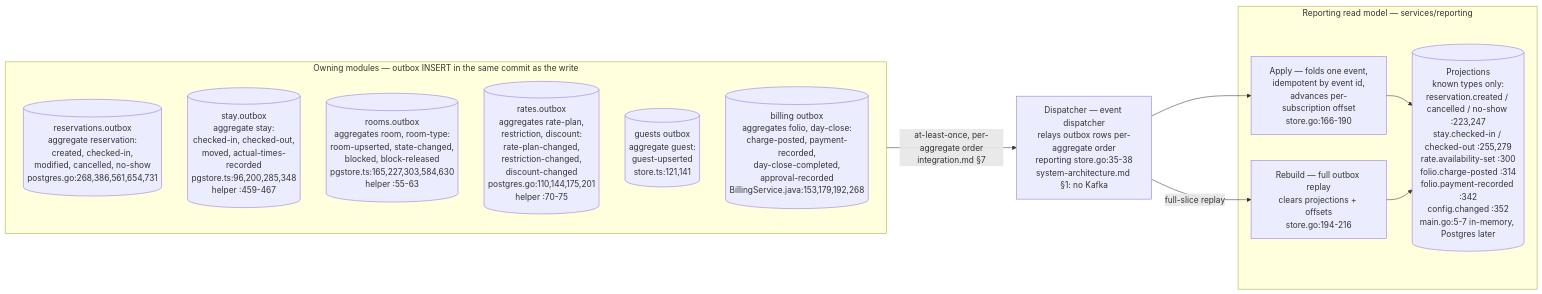
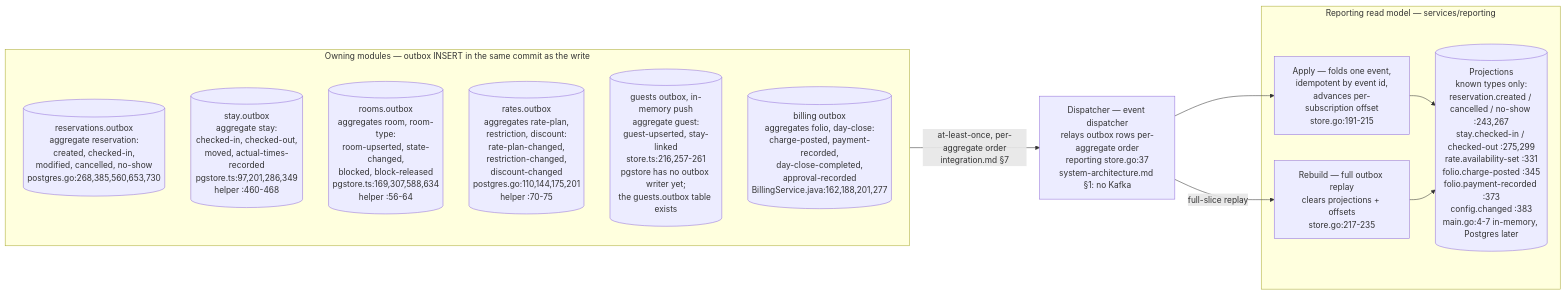
One commit to MingChen1501/hotel-mgmt changed the diagram in docs/architecture/event-flow.md. Above: the diagram before and after it, drawn with Mermaid. The commit also changed other lines of this file and 16 other files, not shown here.

First line of the commit message:
docs(architecture): Re-review owned docs against as-built master (#244)

````diff
--- a/docs/architecture/event-flow.md
+++ b/docs/architecture/event-flow.md
@@ -13,22 +13,22 @@
 ```mermaid
 flowchart LR
     subgraph EMIT[Owning modules — outbox INSERT in the same commit as the write]
-        RES[(reservations.outbox<br/>aggregate reservation:<br/>created, checked-in,<br/>modified, cancelled, no-show<br/>postgres.go:268,386,561,654,731)]
-        STAY[(stay.outbox<br/>aggregate stay:<br/>checked-in, checked-out,<br/>moved, actual-times-recorded<br/>pgstore.ts:96,200,285,348<br/>helper :459-467)]
-        ROOMS[(rooms.outbox<br/>aggregates room, room-type:<br/>room-upserted, state-changed,<br/>blocked, block-released<br/>pgstore.ts:165,227,303,584,630<br/>helper :55-63)]
+        RES[(reservations.outbox<br/>aggregate reservation:<br/>created, checked-in,<br/>modified, cancelled, no-show<br/>postgres.go:268,385,560,653,730)]
+        STAY[(stay.outbox<br/>aggregate stay:<br/>checked-in, checked-out,<br/>moved, actual-times-recorded<br/>pgstore.ts:97,201,286,349<br/>helper :460-468)]
+        ROOMS[(rooms.outbox<br/>aggregates room, room-type:<br/>room-upserted, state-changed,<br/>blocked, block-released<br/>pgstore.ts:169,307,588,634<br/>helper :56-64)]
         RATES[(rates.outbox<br/>aggregates rate-plan,<br/>restriction, discount:<br/>rate-plan-changed,<br/>restriction-changed,<br/>discount-changed<br/>postgres.go:110,144,175,201<br/>helper :70-75)]
-        GUESTS[(guests outbox<br/>aggregate guest:<br/>guest-upserted<br/>store.ts:121,141)]
-        BILL[(billing outbox<br/>aggregates folio, day-close:<br/>charge-posted, payment-recorded,<br/>day-close-completed,<br/>approval-recorded<br/>BillingService.java:153,179,192,268)]
+        GUESTS[(guests outbox, in-memory push<br/>aggregate guest:<br/>guest-upserted, stay-linked<br/>store.ts:216,257-261<br/>pgstore has no outbox writer yet;<br/>the guests.outbox table exists)]
+        BILL[(billing outbox<br/>aggregates folio, day-close:<br/>charge-posted, payment-recorded,<br/>day-close-completed,<br/>approval-recorded<br/>BillingService.java:162,188,201,277)]
     end
-    DISP[Dispatcher — event dispatcher<br/>relays outbox rows per-aggregate order<br/>reporting store.go:35-38<br/>system-architecture.md §1: no Kafka]
+    DISP[Dispatcher — event dispatcher<br/>relays outbox rows per-aggregate order<br/>reporting store.go:37<br/>system-architecture.md §1: no Kafka]
     subgraph RPT[Reporting read model — services/reporting]
-        APPLY[Apply — folds one event,<br/>idempotent by event id,<br/>advances per-subscription offset<br/>store.go:166-190]
-        REBUILD[Rebuild — full outbox replay<br/>clears projections + offsets<br/>store.go:194-216]
-        PROJ[(Projections<br/>known types only:<br/>reservation.created / cancelled / no-show :223,247<br/>stay.checked-in / checked-out :255,279<br/>rate.availability-set :300<br/>folio.charge-posted :314<br/>folio.payment-recorded :342<br/>config.changed :352<br/>main.go:5-7 in-memory, Postgres later)]
+        APPLY[Apply — folds one event,<br/>idempotent by event id,<br/>advances per-subscription offset<br/>store.go:191-215]
+        REBUILD[Rebuild — full outbox replay<br/>clears projections + offsets<br/>store.go:217-235]
+        PROJ[(Projections<br/>known types only:<br/>reservation.created / cancelled / no-show :243,267<br/>stay.checked-in / checked-out :275,299<br/>rate.availability-set :331<br/>folio.charge-posted :345<br/>folio.payment-recorded :373<br/>config.changed :383<br/>main.go:4-7 in-memory, Postgres later)]
     end
     EMIT -->|at-least-once, per-aggregate order<br/>integration.md §7| DISP
     DISP --> APPLY
     DISP -->|full-slice replay| REBUILD
     APPLY --> PROJ
     REBUILD --> PROJ
 ```
````
